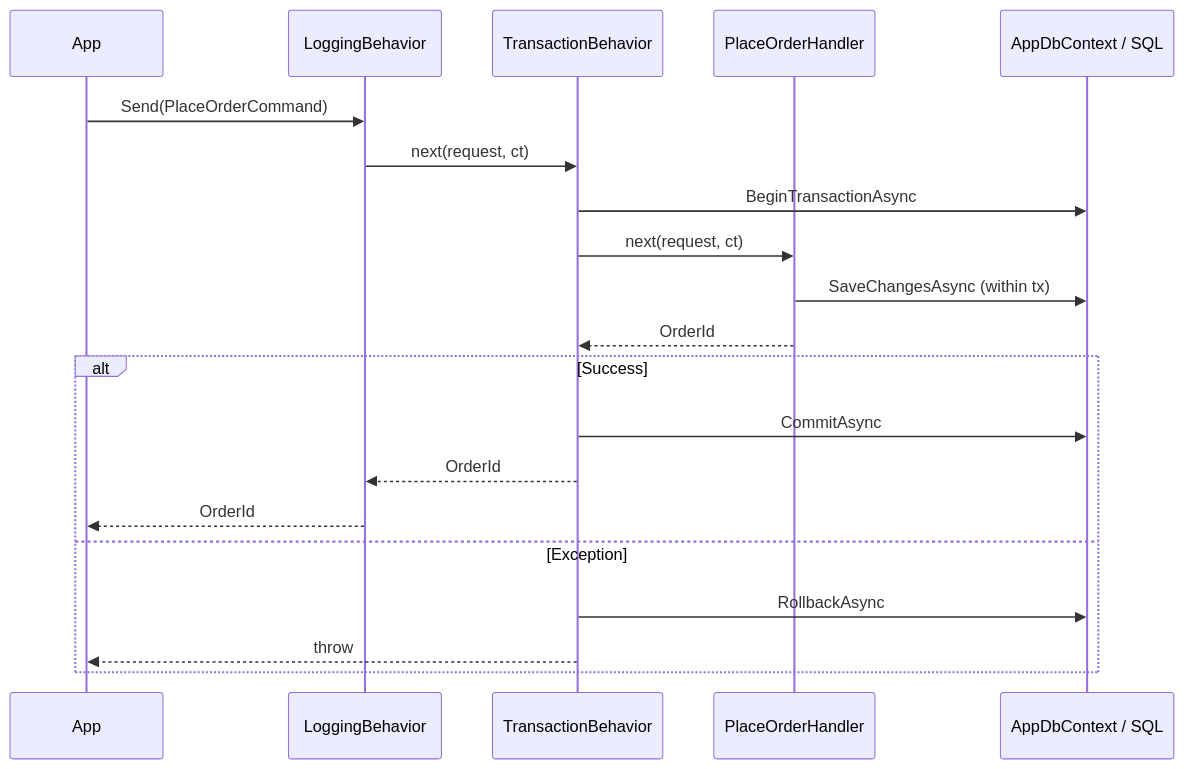
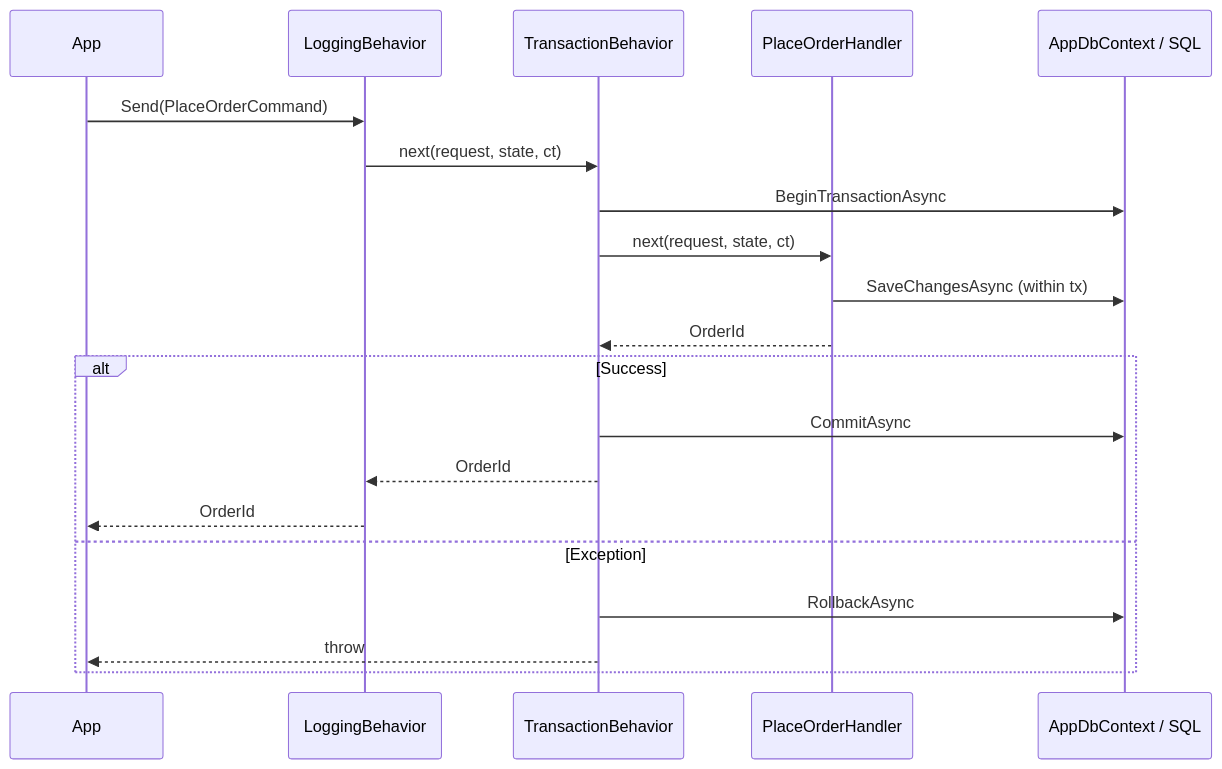
Before and after one commit to ZeroAlloc-Net/ZeroAlloc.Mediator: the diagram in docs/cookbook/04-transactional-pipeline.md, drawn with Mermaid. The commit also changed other lines of this file and 81 other files, not shown here.

````diff
--- a/docs/cookbook/04-transactional-pipeline.md
+++ b/docs/cookbook/04-transactional-pipeline.md
@@ -134,23 +135,23 @@
 ```mermaid
 sequenceDiagram
     participant App
     participant LoggingBehavior
     participant TransactionBehavior
     participant Handler as PlaceOrderHandler
     participant DB as AppDbContext / SQL
 
     App->>LoggingBehavior: Send(PlaceOrderCommand)
-    LoggingBehavior->>TransactionBehavior: next(request, ct)
+    LoggingBehavior->>TransactionBehavior: next(request, state, ct)
     TransactionBehavior->>DB: BeginTransactionAsync
-    TransactionBehavior->>Handler: next(request, ct)
+    TransactionBehavior->>Handler: next(request, state, ct)
     Handler->>DB: SaveChangesAsync (within tx)
     Handler-->>TransactionBehavior: OrderId
     alt Success
         TransactionBehavior->>DB: CommitAsync
         TransactionBehavior-->>LoggingBehavior: OrderId
         LoggingBehavior-->>App: OrderId
     else Exception
         TransactionBehavior->>DB: RollbackAsync
         TransactionBehavior-->>App: throw
     end
 ```
````
